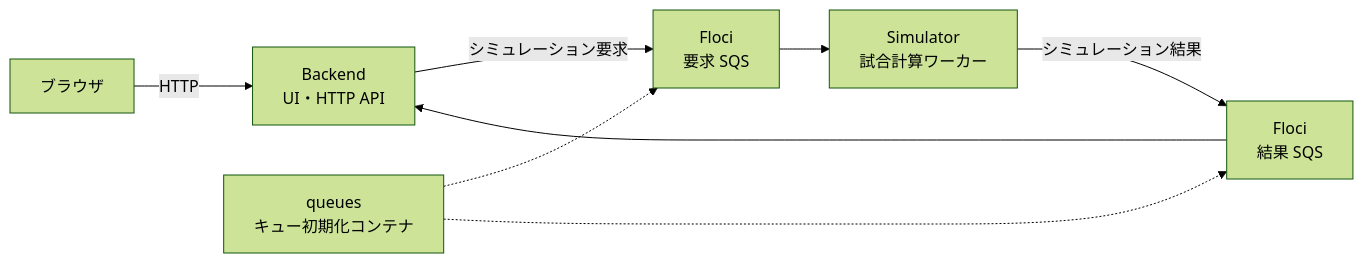
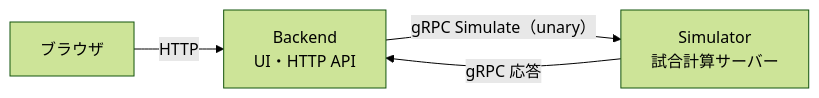
The third of 3 diagrams in README.md (midetaro/baseball-orders), drawn with Mermaid (forest theme) before and after one commit. The commit also changed other lines of this file and 21 other files, not shown here.

First line of the commit message:
docs: describe the gRPC connection between backend and simulator in place of SQS

````diff
--- a/README.md
+++ b/README.md
@@ -217,10 +215,6 @@
 ```mermaid
 flowchart LR
     browser["ブラウザ"] -->|"HTTP"| backend["Backend<br/>UI・HTTP API"]
-    backend -->|"シミュレーション要求"| requestQueue["Floci<br/>要求 SQS"]
-    requestQueue --> simulator["Simulator<br/>試合計算ワーカー"]
-    simulator -->|"シミュレーション結果"| resultQueue["Floci<br/>結果 SQS"]
-    resultQueue --> backend
-    queues["queues<br/>キュー初期化コンテナ"] -.-> requestQueue
-    queues -.-> resultQueue
+    backend -->|"gRPC Simulate（unary）"| simulator["Simulator<br/>試合計算サーバー"]
+    simulator -->|"gRPC 応答"| backend
 ```
````
